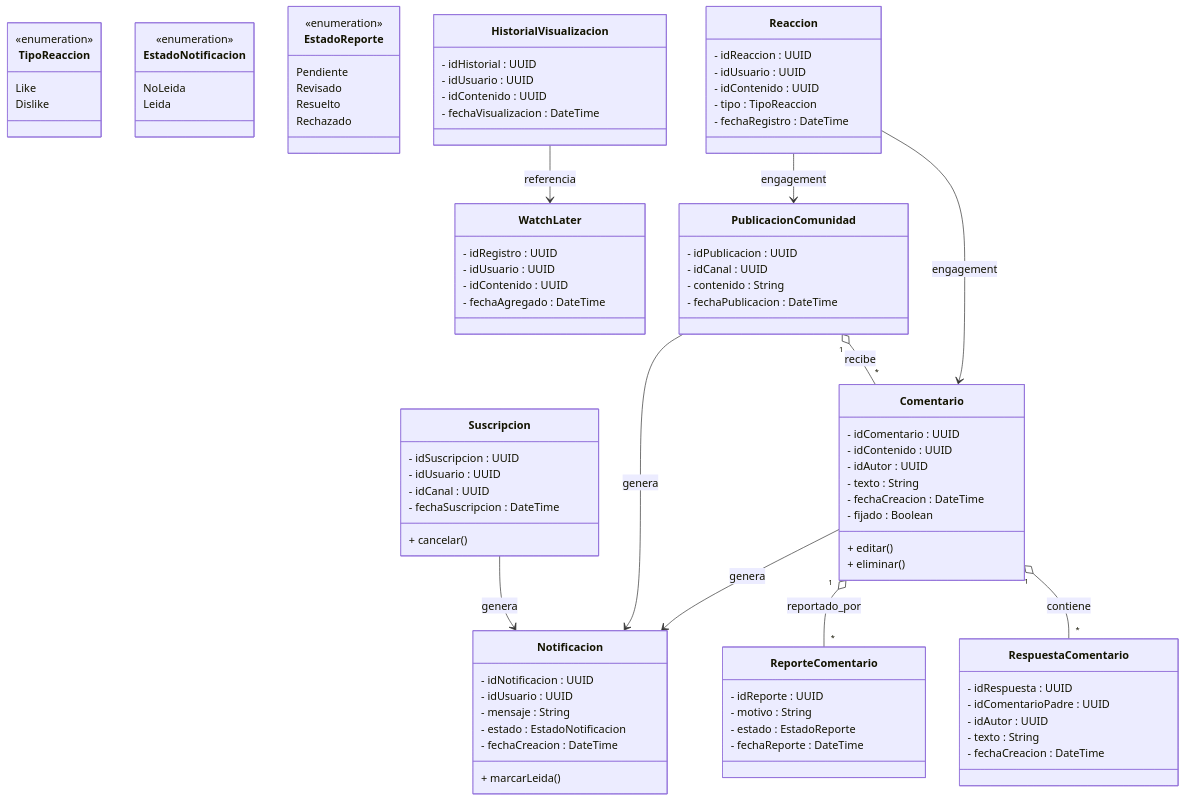
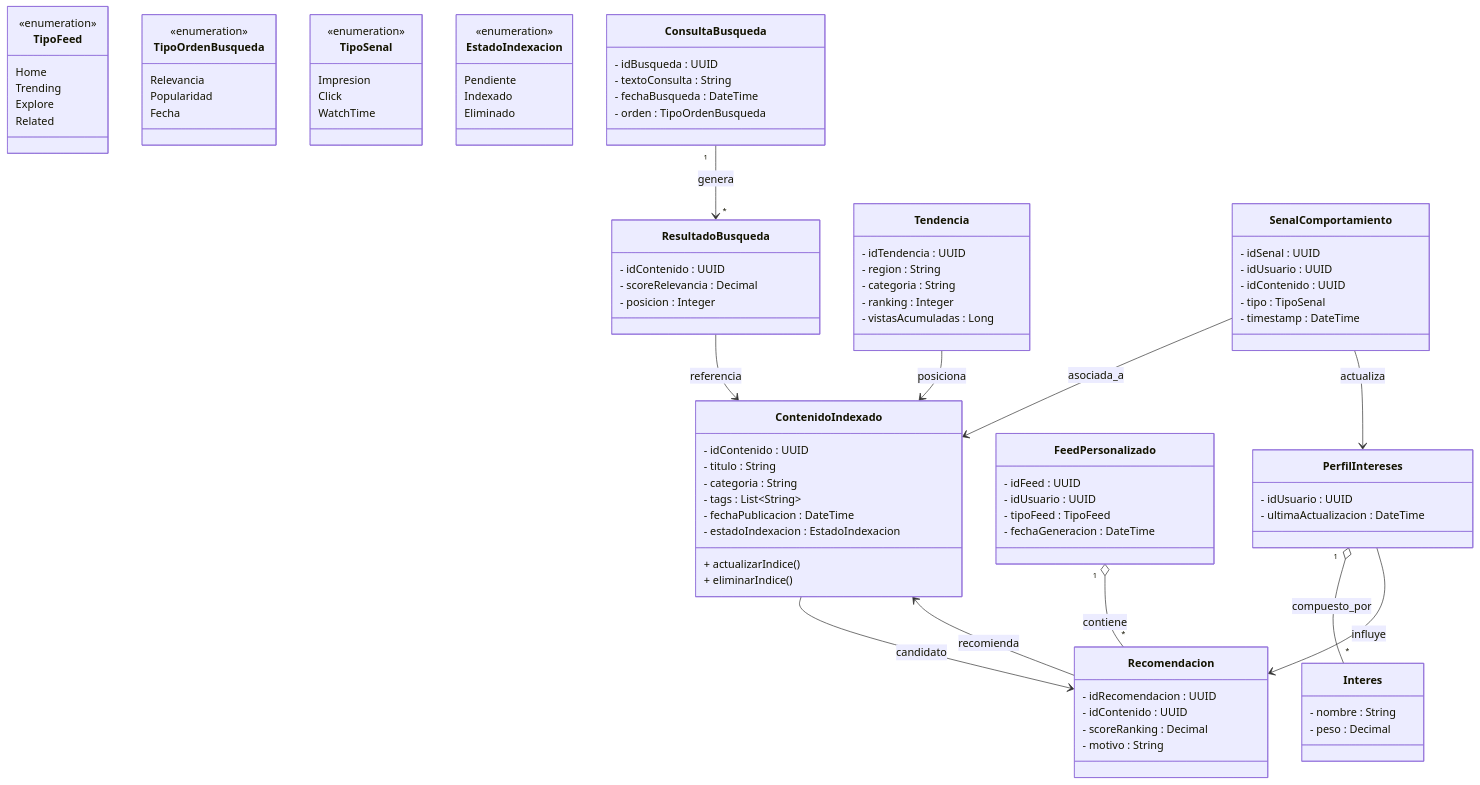
One commit to Wheaor/OpenAPI---Youtube changed the first of 2 diagrams in bounded-contexts-3-descubrimiento/README.md. Above: the diagram before and after it, drawn with Mermaid. The commit also changed other lines of this file, not shown here.

````diff
--- a/bounded-contexts-3-descubrimiento/README.md
+++ b/bounded-contexts-3-descubrimiento/README.md
@@ -29,120 +29,122 @@
     direction TB
 
     %% --- ENUMERACIONES ---
-    class TipoReaccion {
+    class TipoFeed {
         <<enumeration>>
-        Like
-        Dislike
+        Home
+        Trending
+        Explore
+        Related
     }
 
-    class EstadoNotificacion {
+    class TipoOrdenBusqueda {
         <<enumeration>>
-        NoLeida
-        Leida
+        Relevancia
+        Popularidad
+        Fecha
     }
 
-    class EstadoReporte {
+    class TipoSenal {
+        <<enumeration>>
+        Impresion
+        Click
+        WatchTime
+    }
+
+    class EstadoIndexacion {
         <<enumeration>>
         Pendiente
-        Revisado
-        Resuelto
-        Rechazado
+        Indexado
+        Eliminado
     }
 
-    %% --- DOMINIO DE SUSCRIPCIONES ---
-    class Suscripcion {
-        - idSuscripcion : UUID
-        - idUsuario : UUID
-        - idCanal : UUID
-        - fechaSuscripcion : DateTime
-        + cancelar()
+    %% --- DOMINIO DE INDEXACIÓN ---
+    class ContenidoIndexado {
+        - idContenido : UUID
+        - titulo : String
+        - categoria : String
+        - tags : List~String~
+        - fechaPublicacion : DateTime
+        - estadoIndexacion : EstadoIndexacion
+        + actualizarIndice()
+        + eliminarIndice()
     }
 
-    %% --- DOMINIO DE REACCIONES ---
-    class Reaccion {
-        - idReaccion : UUID
+    %% --- DOMINIO DE BÚSQUEDA ---
+    class ConsultaBusqueda {
+        - idBusqueda : UUID
+        - textoConsulta : String
+        - fechaBusqueda : DateTime
+        - orden : TipoOrdenBusqueda
+    }
+
+    class ResultadoBusqueda {
+        - idContenido : UUID
+        - scoreRelevancia : Decimal
+        - posicion : Integer
+    }
+
+    %% --- DOMINIO DE RECOMENDACIÓN ---
+    class FeedPersonalizado {
+        - idFeed : UUID
+        - idUsuario : UUID
+        - tipoFeed : TipoFeed
+        - fechaGeneracion : DateTime
+    }
+
+    class Recomendacion {
+        - idRecomendacion : UUID
+        - idContenido : UUID
+        - scoreRanking : Decimal
+        - motivo : String
+    }
+
+    class PerfilIntereses {
+        - idUsuario : UUID
+        - ultimaActualizacion : DateTime
+    }
+
+    class Interes {
+        - nombre : String
+        - peso : Decimal
+    }
+
+    %% --- DOMINIO DE TENDENCIAS ---
+    class Tendencia {
+        - idTendencia : UUID
+        - region : String
+        - categoria : String
+        - ranking : Integer
+        - vistasAcumuladas : Long
+    }
+
+    %% --- DOMINIO DE SEÑALES ---
+    class SenalComportamiento {
+        - idSenal : UUID
         - idUsuario : UUID
         - idContenido : UUID
-        - tipo : TipoReaccion
-        - fechaRegistro : DateTime
-    }
-
-    %% --- DOMINIO DE COMENTARIOS ---
-    class Comentario {
-        - idComentario : UUID
-        - idContenido : UUID
-        - idAutor : UUID
-        - texto : String
-        - fechaCreacion : DateTime
-        - fijado : Boolean
-        + editar()
-        + eliminar()
-    }
-
-    class RespuestaComentario {
-        - idRespuesta : UUID
-        - idComentarioPadre : UUID
-        - idAutor : UUID
-        - texto : String
-        - fechaCreacion : DateTime
-    }
-
-    class ReporteComentario {
-        - idReporte : UUID
-        - motivo : String
-        - estado : EstadoReporte
-        - fechaReporte : DateTime
-    }
-
-    %% --- DOMINIO DE COMUNIDAD ---
-    class PublicacionComunidad {
-        - idPublicacion : UUID
-        - idCanal : UUID
-        - contenido : String
-        - fechaPublicacion : DateTime
-    }
-
-    %% --- DOMINIO DE NOTIFICACIONES ---
-    class Notificacion {
-        - idNotificacion : UUID
-        - idUsuario : UUID
-        - mensaje : String
-        - estado : EstadoNotificacion
-        - fechaCreacion : DateTime
-        + marcarLeida()
-    }
-
-    %% --- DOMINIO DE HISTORIAL ---
-    class HistorialVisualizacion {
-        - idHistorial : UUID
-        - idUsuario : UUID
-        - idContenido : UUID
-        - fechaVisualizacion : DateTime
-    }
-
-    class WatchLater {
-        - idRegistro : UUID
-        - idUsuario : UUID
-        - idContenido : UUID
-        - fechaAgregado : DateTime
+        - tipo : TipoSenal
+        - timestamp : DateTime
     }
 
     %% --- RELACIONES ---
-    Comentario "1" o-- "*" RespuestaComentario : contiene
+    ConsultaBusqueda "1" --> "*" ResultadoBusqueda : genera
 
-    Comentario "1" o-- "*" ReporteComentario : reportado_por
+    ResultadoBusqueda --> ContenidoIndexado : referencia
 
-    PublicacionComunidad "1" o-- "*" Comentario : recibe
+    FeedPersonalizado "1" o-- "*" Recomendacion : contiene
 
-    Suscripcion --> Notificacion : genera
+    Recomendacion --> ContenidoIndexado : recomienda
 
-    Reaccion --> Comentario : engagement
+    PerfilIntereses "1" o-- "*" Interes : compuesto_por
 
-    Reaccion --> PublicacionComunidad : engagement
+    Tendencia --> ContenidoIndexado : posiciona
 
-    HistorialVisualizacion --> WatchLater : referencia
+    SenalComportamiento --> ContenidoIndexado : asociada_a
 
-    Comentario --> Notificacion : genera
+    SenalComportamiento --> PerfilIntereses : actualiza
 
-    PublicacionComunidad --> Notificacion : genera
+    PerfilIntereses --> Recomendacion : influye
+
+    ContenidoIndexado --> Recomendacion : candidato
 ```
````
